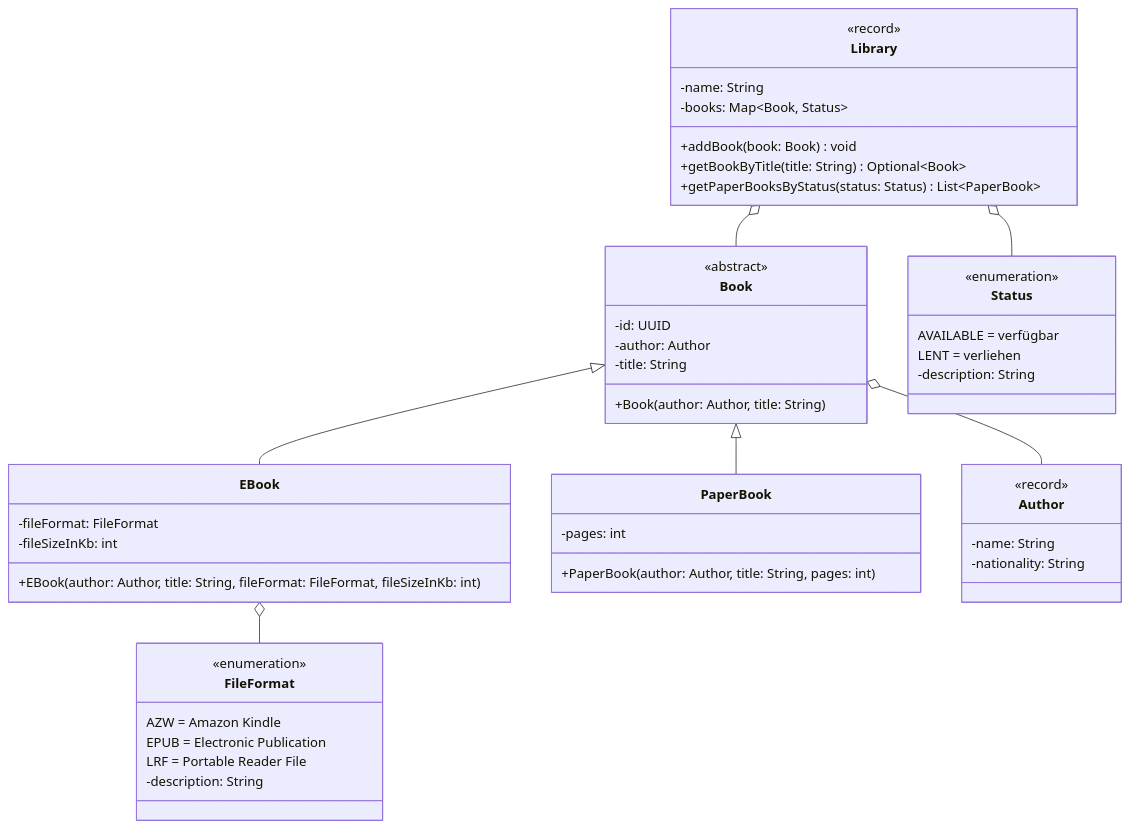
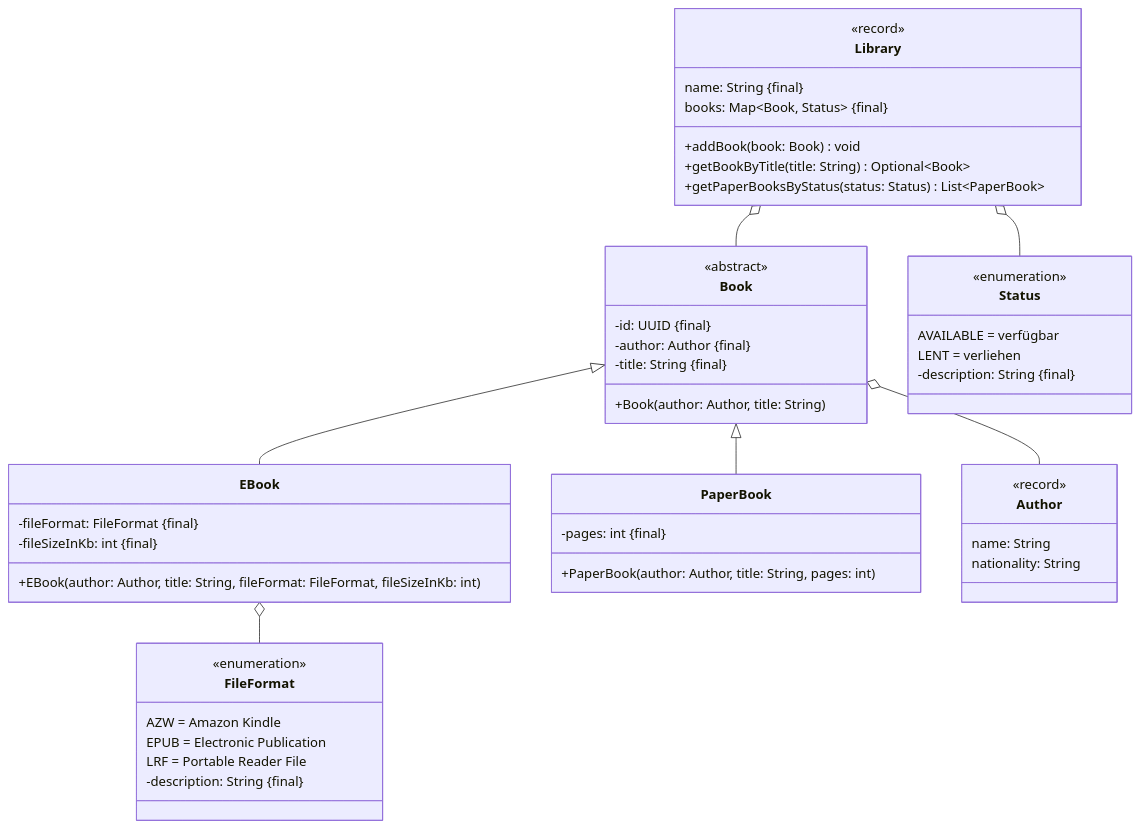
The diagram in docs/exam-exercises/exam-exercises-java2/library.md (jappuccini/java-docs), drawn with Mermaid before and after one commit. The commit also changed 26 other files, not shown here.

````diff
--- a/docs/exam-exercises/exam-exercises-java2/library.md
+++ b/docs/exam-exercises/exam-exercises-java2/library.md
@@ -12,58 +12,58 @@
 ```mermaid
 classDiagram
     Library o-- Book
     Library o-- Status
     Book <|-- EBook
     Book <|-- PaperBook
     Book o-- Author
     EBook o-- FileFormat
 
     class Library {
         <<record>>
-        -name: String
-        -books: Map~Book, Status~
+        name: String &#123final&#125
+        books: Map~Book, Status~ &#123final&#125
         +addBook(book: Book) void
         +getBookByTitle(title: String) Optional~Book~
         +getPaperBooksByStatus(status: Status) List~PaperBook~
     }
 
     class Status {
         <<enumeration>>
         AVAILABLE = verfügbar
         LENT = verliehen
-        -description: String
+        -description: String &#123final&#125
     }
 
     class Book {
         <<abstract>>
-        -id: UUID
-        -author: Author
-        -title: String
+        -id: UUID &#123final&#125
+        -author: Author &#123final&#125
+        -title: String &#123final&#125
         +Book(author: Author, title: String)
     }
 
     class EBook {
-        -fileFormat: FileFormat
-        -fileSizeInKb: int
+        -fileFormat: FileFormat &#123final&#125
+        -fileSizeInKb: int &#123final&#125
         +EBook(author: Author, title: String, fileFormat: FileFormat, fileSizeInKb: int)
     }
 
     class PaperBook {
-        -pages: int
+        -pages: int &#123final&#125
         +PaperBook(author: Author, title: String, pages: int)
     }
 
     class Author {
         <<record>>
-        -name: String
-        -nationality: String
+        name: String
+        nationality: String
     }
 
     class FileFormat {
         <<enumeration>>
         AZW = Amazon Kindle
         EPUB = Electronic Publication
         LRF = Portable Reader File
-        -description: String
+        -description: String &#123final&#125
     }
 ```
````
